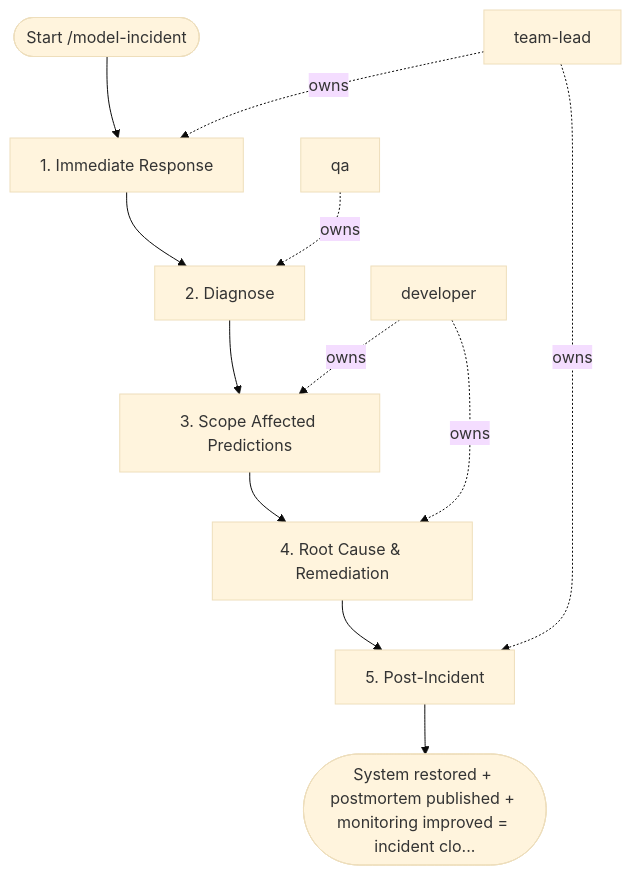
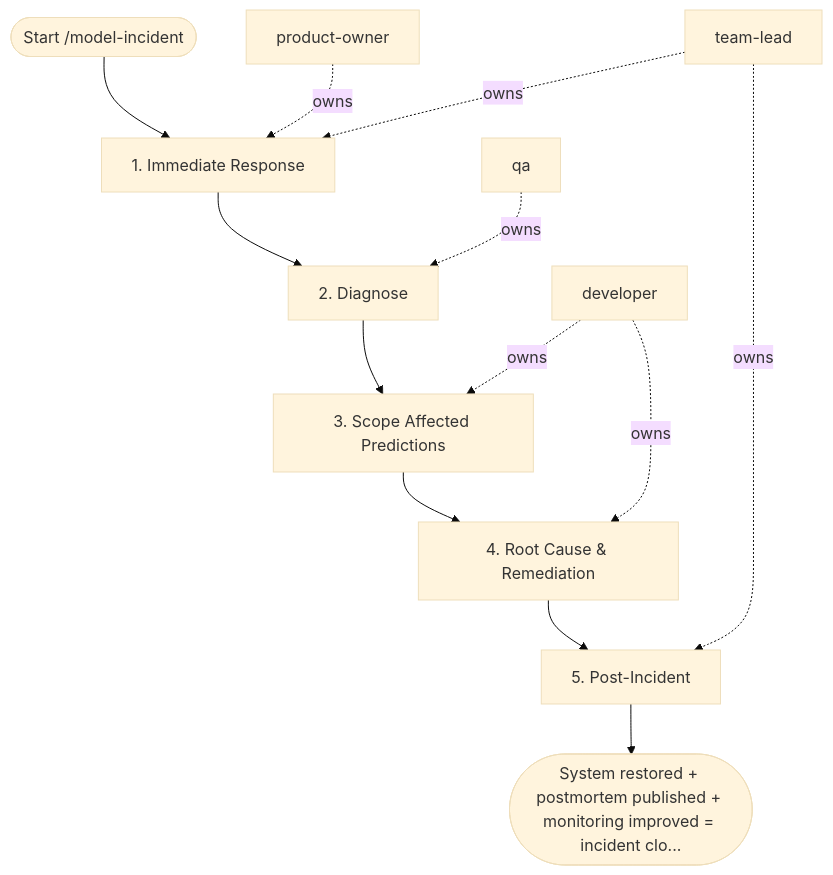
The diagram in areas/software/mlops/workflows/model-incident.md (sawrus/agent-guides), drawn with Mermaid (base theme) before and after one commit. The commit also changed other lines of this file and 76 other files, not shown here.

Commit message:
Standardize workflow product owner initiation

````diff
--- a/areas/software/mlops/workflows/model-incident.md
+++ b/areas/software/mlops/workflows/model-incident.md
@@ -66,24 +66,26 @@
 ```mermaid
 flowchart TD
   start(["Start /model-incident"])
-  role_1["team-lead"]
-  role_2["qa"]
-  role_3["developer"]
+  role_1["product-owner"]
+  role_2["team-lead"]
+  role_3["qa"]
+  role_4["developer"]
   step_1["1. Immediate Response"]
   step_2["2. Diagnose"]
   step_3["3. Scope Affected Predictions"]
   step_4["4. Root Cause & Remediation"]
   step_5["5. Post-Incident"]
   exit(["System restored + postmortem published + monitoring improved = incident clo..."])
   start --> step_1
   step_1 --> step_2
   step_2 --> step_3
   step_3 --> step_4
   step_4 --> step_5
   step_5 --> exit
   role_1 -. owns .-> step_1
-  role_2 -. owns .-> step_2
-  role_3 -. owns .-> step_3
-  role_3 -. owns .-> step_4
-  role_1 -. owns .-> step_5
+  role_2 -. owns .-> step_1
+  role_3 -. owns .-> step_2
+  role_4 -. owns .-> step_3
+  role_4 -. owns .-> step_4
+  role_2 -. owns .-> step_5
 ```
````
